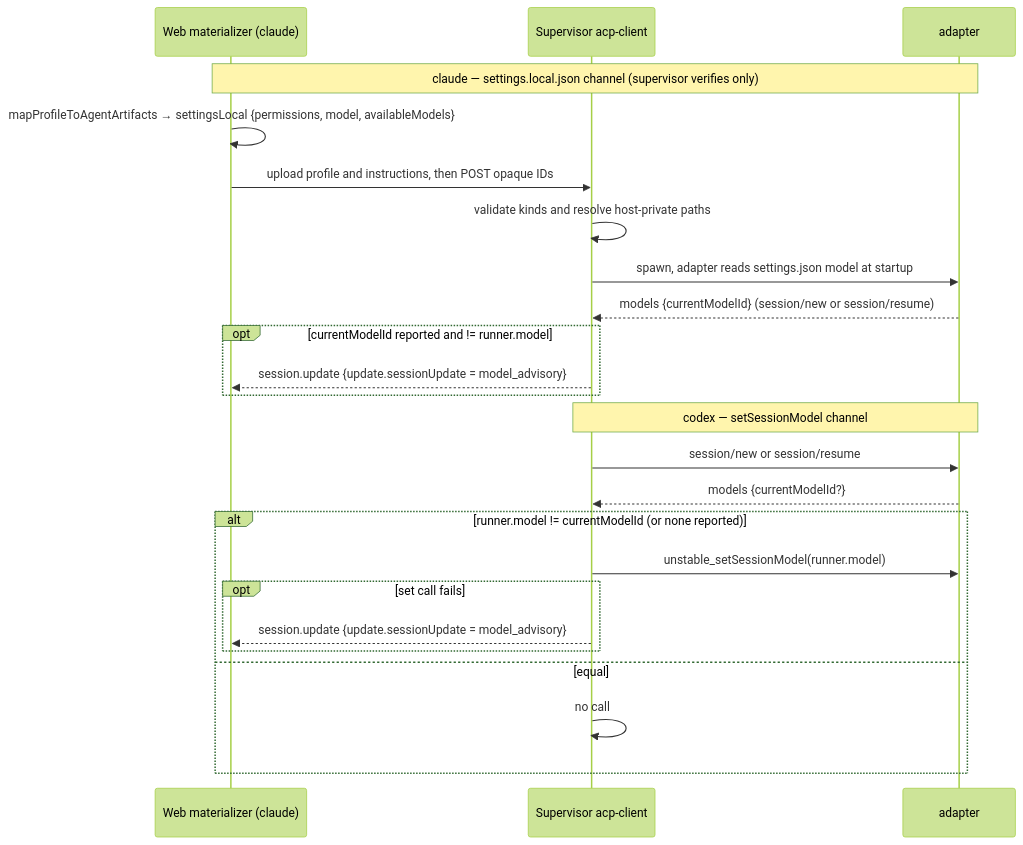
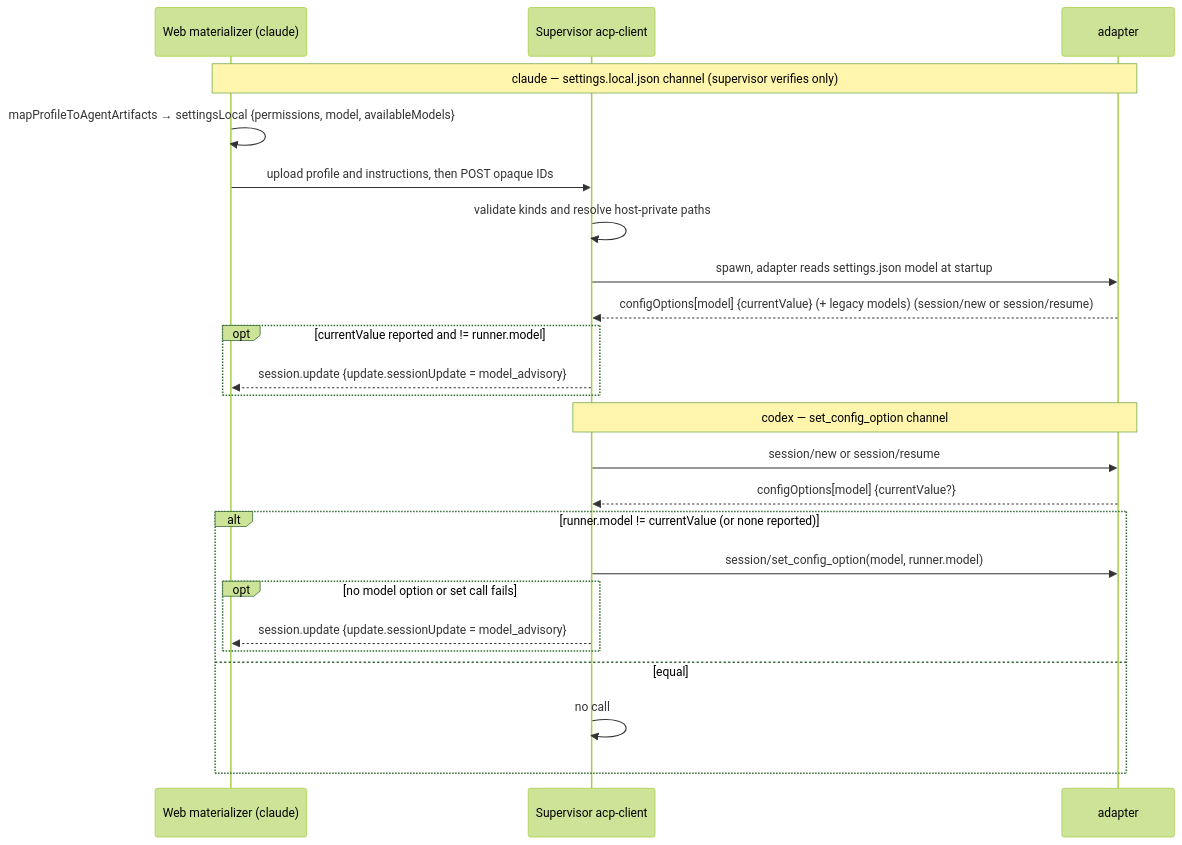
One commit to maister-dev/maister changed the fourth of 5 diagrams in docs/system-analytics/model-catalog.md. Above: the diagram before and after it, drawn with Mermaid (forest theme). The commit also changed other lines of this file and 5 other files, not shown here.

````diff
--- a/docs/system-analytics/model-catalog.md
+++ b/docs/system-analytics/model-catalog.md
@@ -189,28 +192,28 @@
 ```mermaid
 sequenceDiagram
     participant Web as Web materializer (claude)
     participant Sup as Supervisor acp-client
     participant Child as adapter
 
     Note over Web,Child: claude — settings.local.json channel (supervisor verifies only)
     Web->>Web: mapProfileToAgentArtifacts → settingsLocal {permissions, model, availableModels}
     Web->>Sup: upload profile and instructions, then POST opaque IDs
     Sup->>Sup: validate kinds and resolve host-private paths
     Sup->>Child: spawn, adapter reads settings.json model at startup
-    Child-->>Sup: models {currentModelId} (session/new or session/resume)
-    opt currentModelId reported and != runner.model
+    Child-->>Sup: configOptions[model] {currentValue} (+ legacy models) (session/new or session/resume)
+    opt currentValue reported and != runner.model
         Sup-->>Web: session.update {update.sessionUpdate = model_advisory}
     end
 
-    Note over Sup,Child: codex — setSessionModel channel
+    Note over Sup,Child: codex — set_config_option channel
     Sup->>Child: session/new or session/resume
-    Child-->>Sup: models {currentModelId?}
-    alt runner.model != currentModelId (or none reported)
-        Sup->>Child: unstable_setSessionModel(runner.model)
-        opt set call fails
+    Child-->>Sup: configOptions[model] {currentValue?}
+    alt runner.model != currentValue (or none reported)
+        Sup->>Child: session/set_config_option(model, runner.model)
+        opt no model option or set call fails
             Sup-->>Web: session.update {update.sessionUpdate = model_advisory}
         end
     else equal
         Sup->>Sup: no call
     end
 ```
````
